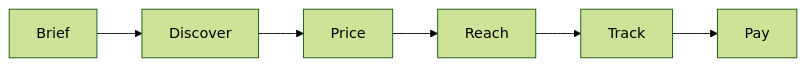
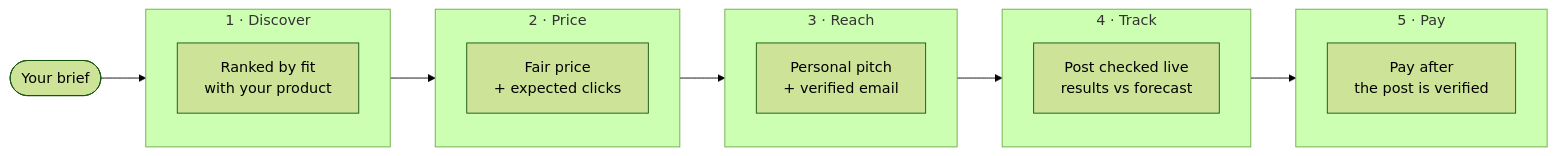
One commit to Srijan76-code/ReachAi-InfluencerMarketing changed the first of 6 diagrams in README.md. Above: the diagram before and after it, drawn with Mermaid (forest theme). The commit also changed other lines of this file and 18 other files, not shown here.

Commit message:
Make the README and docs visual: founder metrics up top, icons, diagrams for every workflow, one currency

````diff
--- a/README.md
+++ b/README.md
@@ -31,4 +36,20 @@
 ```mermaid
-graph LR
-  A[Brief] --> B[Discover] --> C[Price] --> D[Reach] --> E[Track] --> F[Pay]
+flowchart LR
+  B([Your brief]) --> D
+  subgraph D [1 · Discover]
+    d1[Ranked by fit<br/>with your product]
+  end
+  subgraph P [2 · Price]
+    p1[Fair price<br/>+ expected clicks]
+  end
+  subgraph R [3 · Reach]
+    r1[Personal pitch<br/>+ verified email]
+  end
+  subgraph T [4 · Track]
+    t1[Post checked live<br/>results vs forecast]
+  end
+  subgraph Y [5 · Pay]
+    y1[Pay after<br/>the post is verified]
+  end
+  D --> P --> R --> T --> Y
 ```
````
